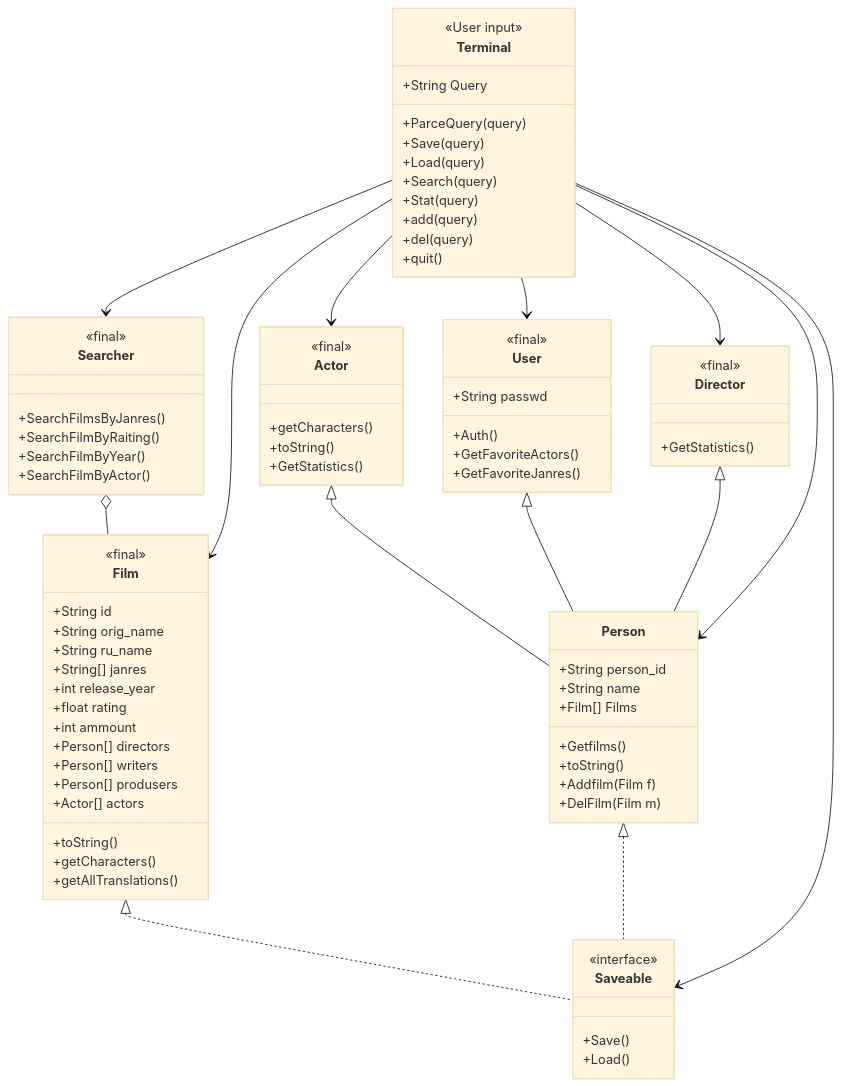
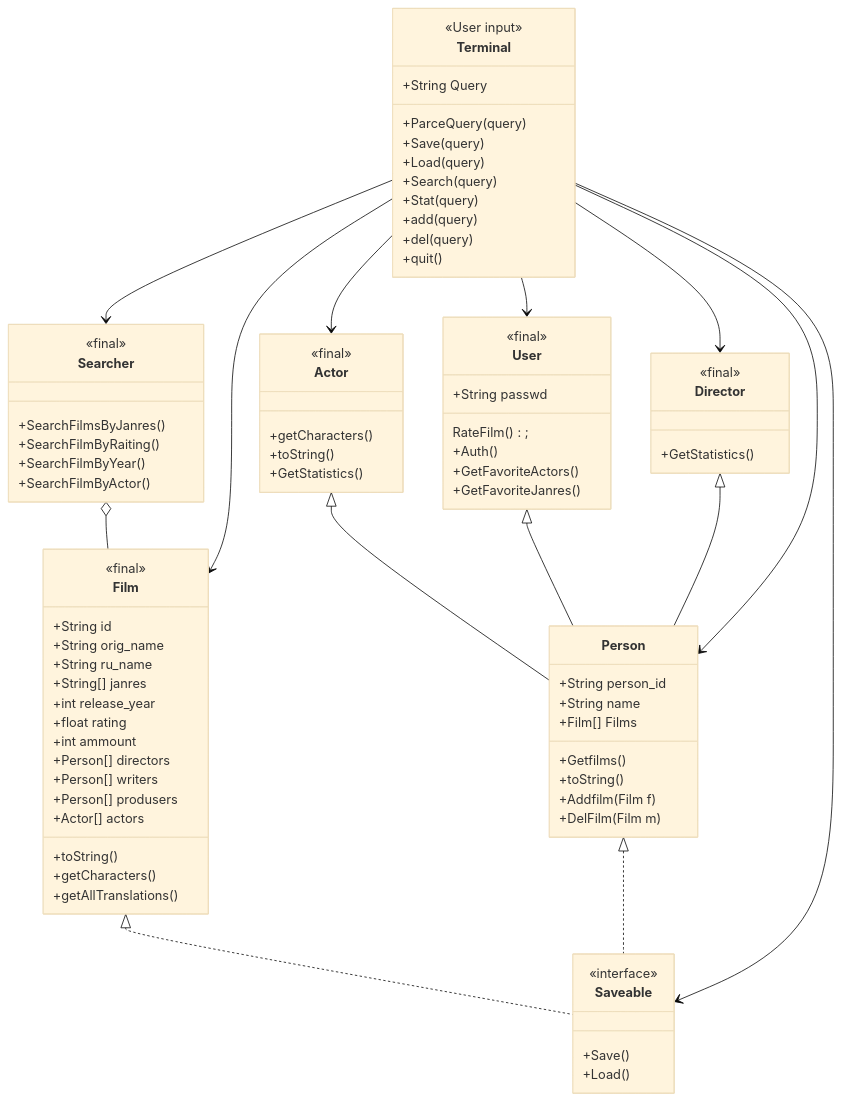
One commit to mmonastyrskiy/Programming_3_sem changed the diagram in Java_OOP/Monastyrskiy/Java_project/docs/structure.md. Above: the diagram before and after it, drawn with Mermaid (base theme).

```diff
--- a/Java_OOP/Monastyrskiy/Java_project/docs/structure.md
+++ b/Java_OOP/Monastyrskiy/Java_project/docs/structure.md
@@ -73,6 +73,7 @@
     class User {
     <<final>>
     +String passwd
+    RateFilm();
     +Auth()
     +GetFavoriteActors()
     +GetFavoriteJanres()
```
